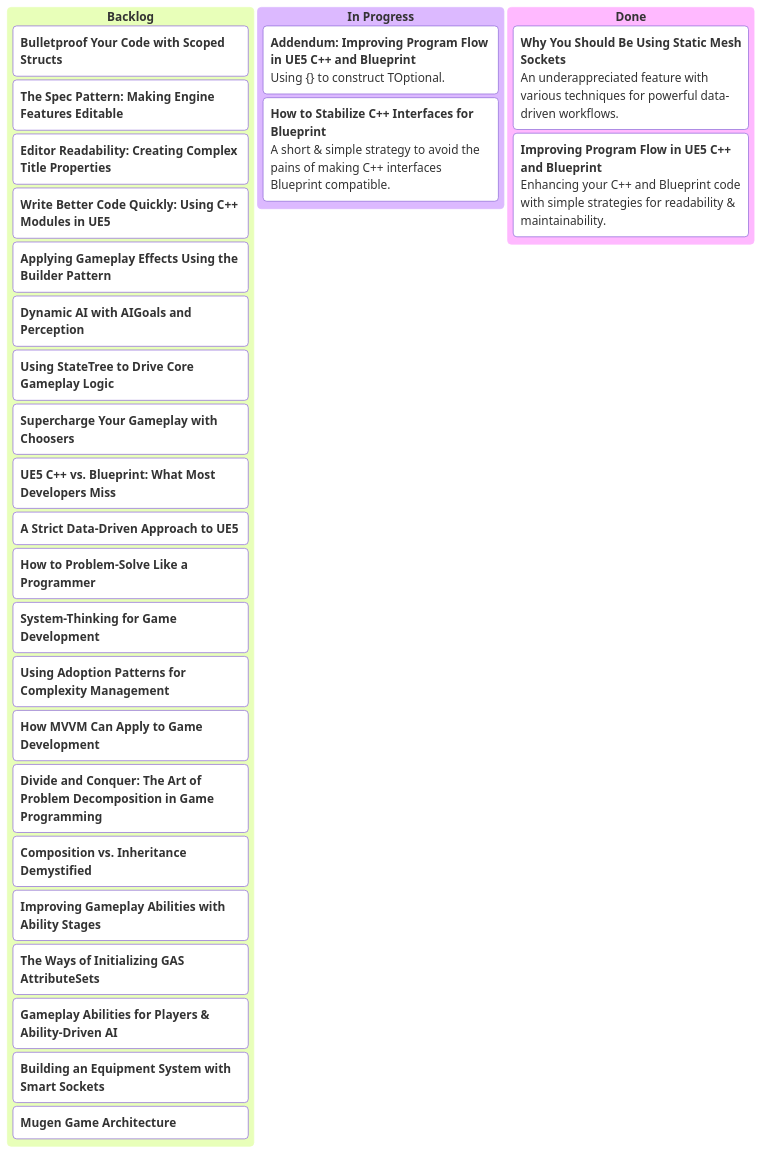
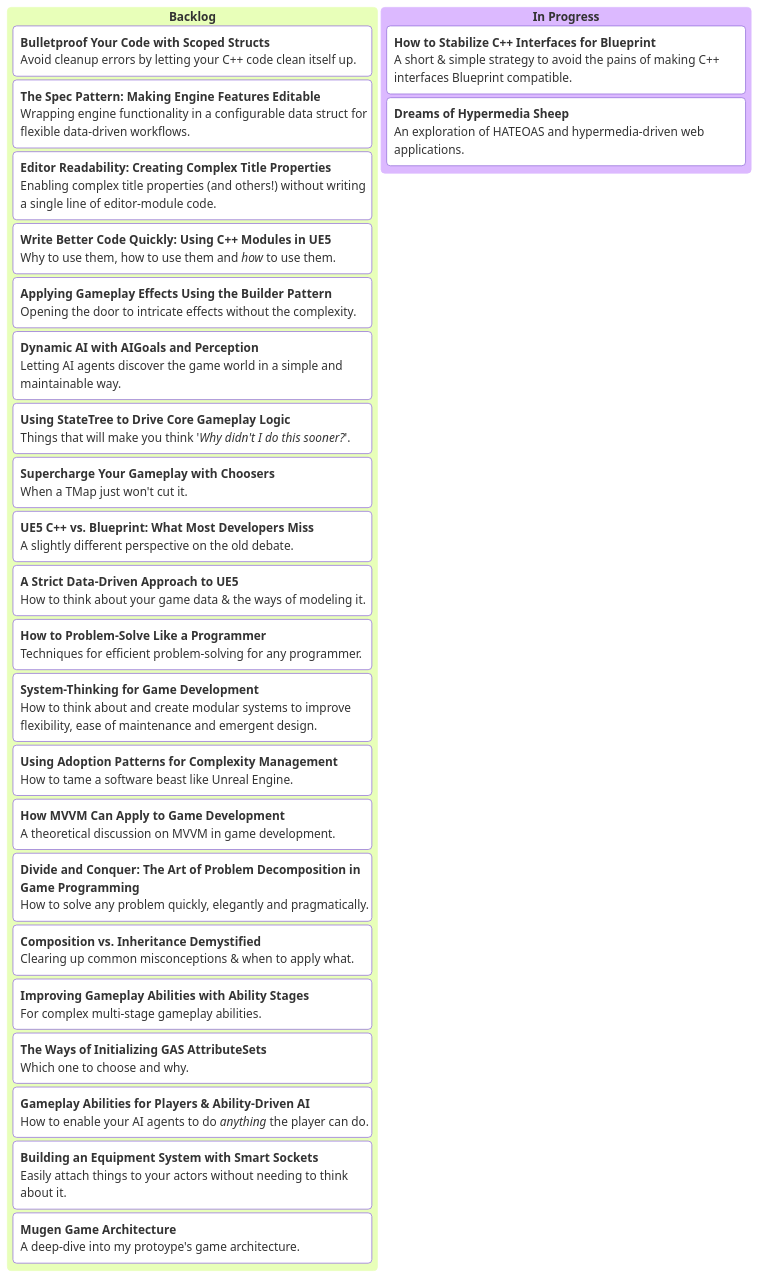
One commit to mugenmelon/mugenmelon.github.io changed the diagram in kanban.md. Above: the diagram before and after it, drawn with Mermaid. The commit also changed 2 other files, not shown here.

Commit message:
Tiny update

```diff
--- a/kanban.md
+++ b/kanban.md
@@ -8,41 +8,57 @@
 <pre class="mermaid">
 ---
 config:
     kanban:
-        sectionWidth: 333
+        sectionWidth: 500
 ---
 kanban
     ["`**Backlog**`"]
-        ["`**Bulletproof Your Code with Scoped Structs**`"]
-        ["`**The Spec Pattern: Making Engine Features Editable**`"]
-        ["`**Editor Readability: Creating Complex Title Properties**`"]
-        ["`**Write Better Code Quickly: Using C++ Modules in UE5**`"]
-        ["`**Applying Gameplay Effects Using the Builder Pattern**`"]
-        ["`**Dynamic AI with AIGoals and Perception**`"]
-        ["`**Using StateTree to Drive Core Gameplay Logic**`"]
-        ["`**Supercharge Your Gameplay with Choosers**`"]
+        ["`**Bulletproof Your Code with Scoped Structs**
+            Avoid cleanup errors by letting your C++ code clean itself up.`"]
+        ["`**The Spec Pattern: Making Engine Features Editable**
+            Wrapping engine functionality in a configurable data struct for flexible data-driven workflows.`"]
+        ["`**Editor Readability: Creating Complex Title Properties**
+            Enabling complex title properties (and others!) without writing a single line of editor-module code.`"]
+        ["`**Write Better Code Quickly: Using C++ Modules in UE5**
+            Why to use them, how to use them and *how* to use them.`"]
+        ["`**Applying Gameplay Effects Using the Builder Pattern**
+            Opening the door to intricate effects without the complexity.`"]
+        ["`**Dynamic AI with AIGoals and Perception**
+            Letting AI agents discover the game world in a simple and maintainable way.`"]
+        ["`**Using StateTree to Drive Core Gameplay Logic**
+            Things that will make you think '*Why didn't I do this sooner?*'.`"]
+        ["`**Supercharge Your Gameplay with Choosers**
+            When a TMap just won't cut it.`"]
         
-        ["`**UE5 C++ vs. Blueprint: What Most Developers Miss**`"]
-        ["`**A Strict Data-Driven Approach to UE5**`"]
-        ["`**How to Problem-Solve Like a Programmer**`"]
-        ["`**System-Thinking for Game Development**`"]
-        ["`**Using Adoption Patterns for Complexity Management**`"]
-        ["`**How MVVM Can Apply to Game Development**`"]
-        ["`**Divide and Conquer: The Art of Problem Decomposition in Game Programming**`"]
-        ["`**Composition vs. Inheritance Demystified**`"]
-        ["`**Improving Gameplay Abilities with Ability Stages**`"]
-        ["`**The Ways of Initializing GAS AttributeSets**`"]
-        ["`**Gameplay Abilities for Players & Ability-Driven AI**`"]
-        ["`**Building an Equipment System with Smart Sockets**`"]
-        ["`**Mugen Game Architecture**`"]
+        ["`**UE5 C++ vs. Blueprint: What Most Developers Miss**
+            A slightly different perspective on the old debate.`"]
+        ["`**A Strict Data-Driven Approach to UE5**
+            How to think about your game data & the ways of modeling it.`"]
+        ["`**How to Problem-Solve Like a Programmer**
+            Techniques for efficient problem-solving for any programmer.`"]
+        ["`**System-Thinking for Game Development**
+            How to think about and create modular systems to improve flexibility, ease of maintenance and emergent design.`"]
+        ["`**Using Adoption Patterns for Complexity Management**
+            How to tame a software beast like Unreal Engine.`"]
+        ["`**How MVVM Can Apply to Game Development**
+            A theoretical discussion on MVVM in game development.`"]
+        ["`**Divide and Conquer: The Art of Problem Decomposition in Game Programming**
+            How to solve any problem quickly, elegantly and pragmatically.`"]
+        ["`**Composition vs. Inheritance Demystified**
+            Clearing up common misconceptions & when to apply what.`"]
+        ["`**Improving Gameplay Abilities with Ability Stages**
+            For complex multi-stage gameplay abilities.`"]
+        ["`**The Ways of Initializing GAS AttributeSets**
+            Which one to choose and why.`"]
+        ["`**Gameplay Abilities for Players & Ability-Driven AI**
+            How to enable your AI agents to do *anything* the player can do.`"]
+        ["`**Building an Equipment System with Smart Sockets**
+            Easily attach things to your actors without needing to think about it.`"]
+        ["`**Mugen Game Architecture**
+            A deep-dive into my protoype's game architecture.`"]
     ["`**In Progress**`"]
-        ["`**Addendum: Improving Program Flow in UE5 C++ and Blueprint**
-            Using {} to construct TOptional.`"]
         ["`**How to Stabilize C++ Interfaces for Blueprint**
             A short & simple strategy to avoid the pains of making C++ interfaces Blueprint compatible.`"]
-    ["`**Done**`"]
-        ["`**Why You Should Be Using Static Mesh Sockets**
-            An underappreciated feature with various techniques for powerful data-driven workflows.`"]
-        ["`**Improving Program Flow in UE5 C++ and Blueprint**
-            Enhancing your C++ and Blueprint code with simple strategies for readability & maintainability.`"]
+        ["`**Dreams of Hypermedia Sheep**
+            An exploration of HATEOAS and hypermedia-driven web applications.`"]
 </pre>
```
